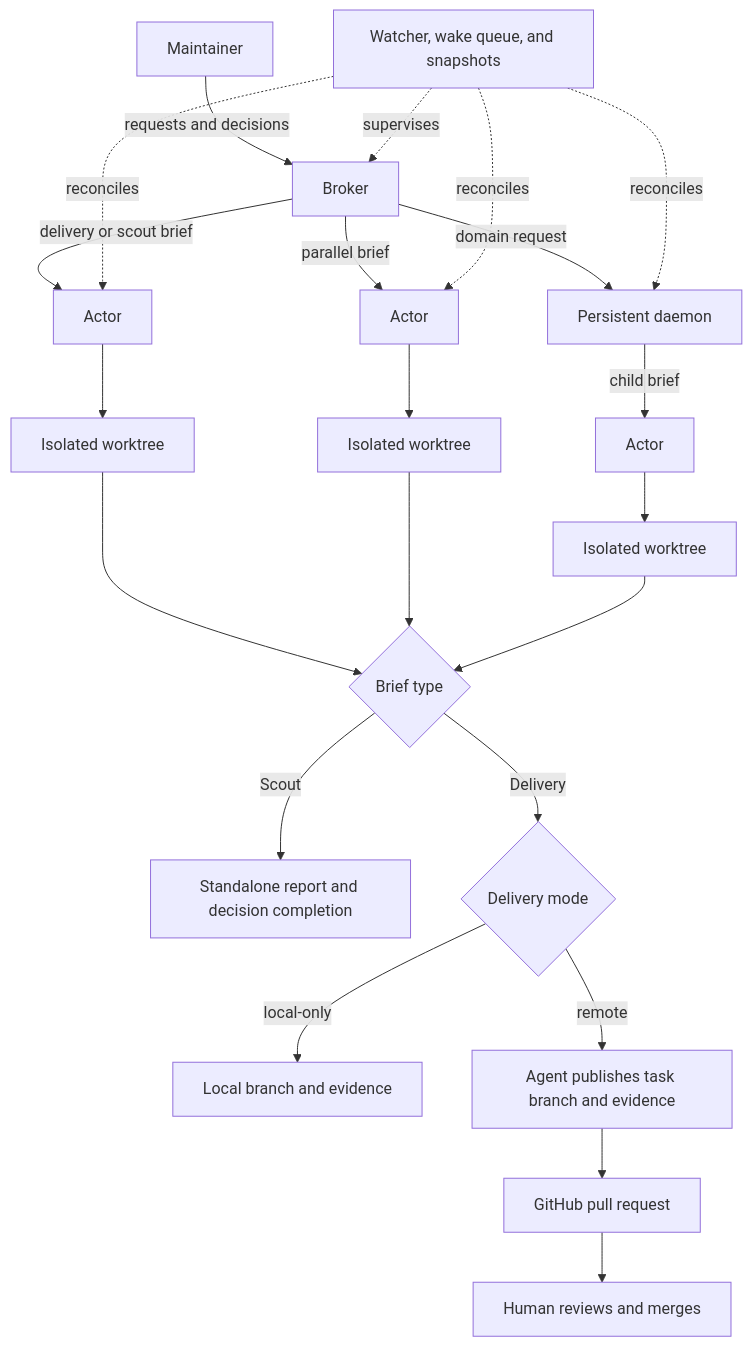
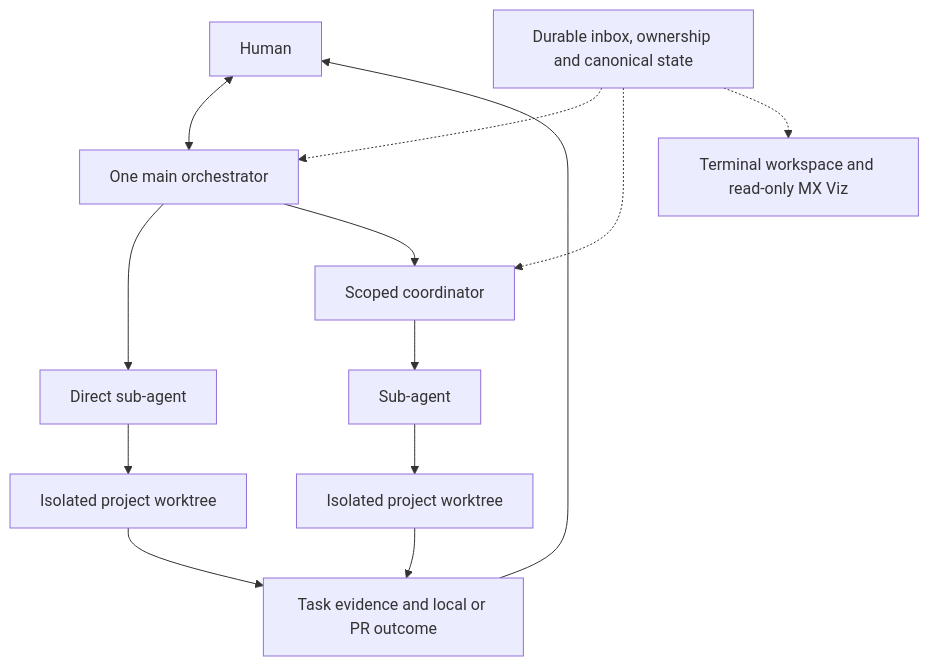
One commit to KashyapTan/Multplx changed the diagram in README.md. Above: the diagram before and after it, drawn with Mermaid. The commit also changed other lines of this file and 50 other files, not shown here.

````diff
--- a/README.md
+++ b/README.md
@@ -97,24 +92,15 @@
 ```mermaid
 flowchart TB
-    M[Maintainer] -->|requests and decisions| B[Broker]
-    B -->|delivery or scout brief| A1[Actor]
-    B -->|parallel brief| A2[Actor]
-    B -->|domain request| D[Persistent daemon]
-    D -->|child brief| A3[Actor]
-    A1 --> W1[Isolated worktree]
-    A2 --> W2[Isolated worktree]
-    A3 --> W3[Isolated worktree]
-    S[Watcher, wake queue, and snapshots] -. supervises .-> B
-    S -. reconciles .-> A1
-    S -. reconciles .-> A2
-    S -. reconciles .-> D
-    W1 --> T{Brief type}
-    W2 --> T
-    W3 --> T
-    T -->|Scout| Q[Standalone report and decision completion]
-    T -->|Delivery| L{Delivery mode}
-    L -->|local-only| F[Local branch and evidence]
-    L -->|remote| X[Agent publishes task branch and evidence]
-    X --> R[GitHub pull request]
-    R --> H[Human reviews and merges]
+    H[Human] <--> O[One main orchestrator]
+    O --> A[Direct sub-agent]
+    O --> C[Scoped coordinator]
+    C --> B[Sub-agent]
+    A --> W1[Isolated project worktree]
+    B --> W2[Isolated project worktree]
+    W1 --> E[Task evidence and local or PR outcome]
+    W2 --> E
+    E --> H
+    S[Durable inbox, ownership and canonical state] -.-> O
+    S -.-> C
+    S -.-> T[Terminal workspace and read-only MX Viz]
 ```
````
